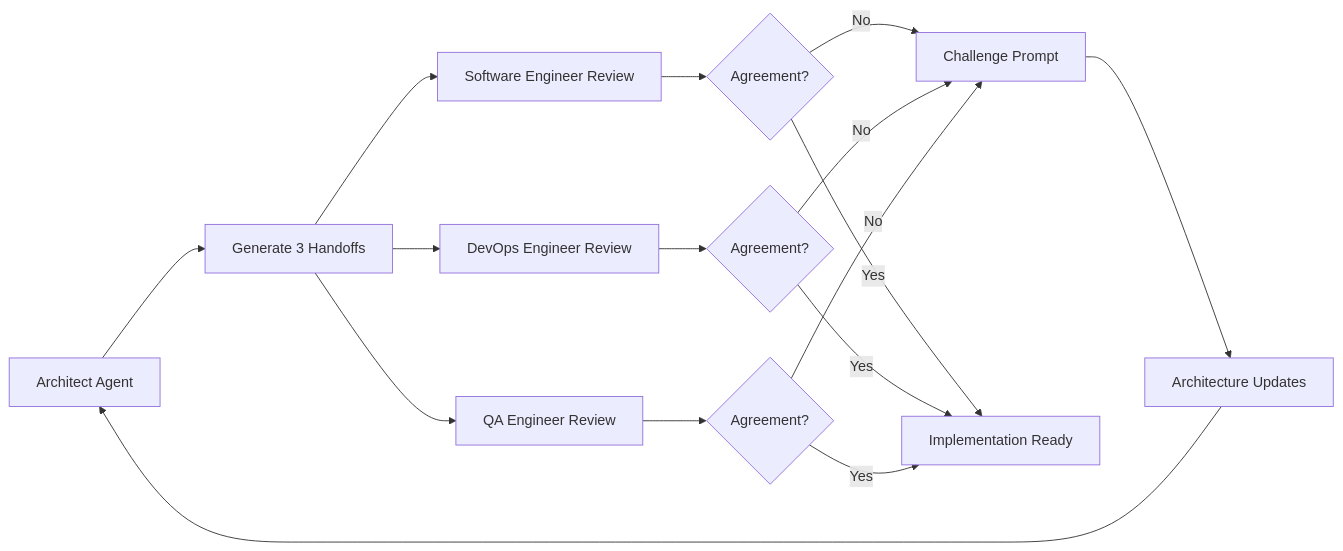
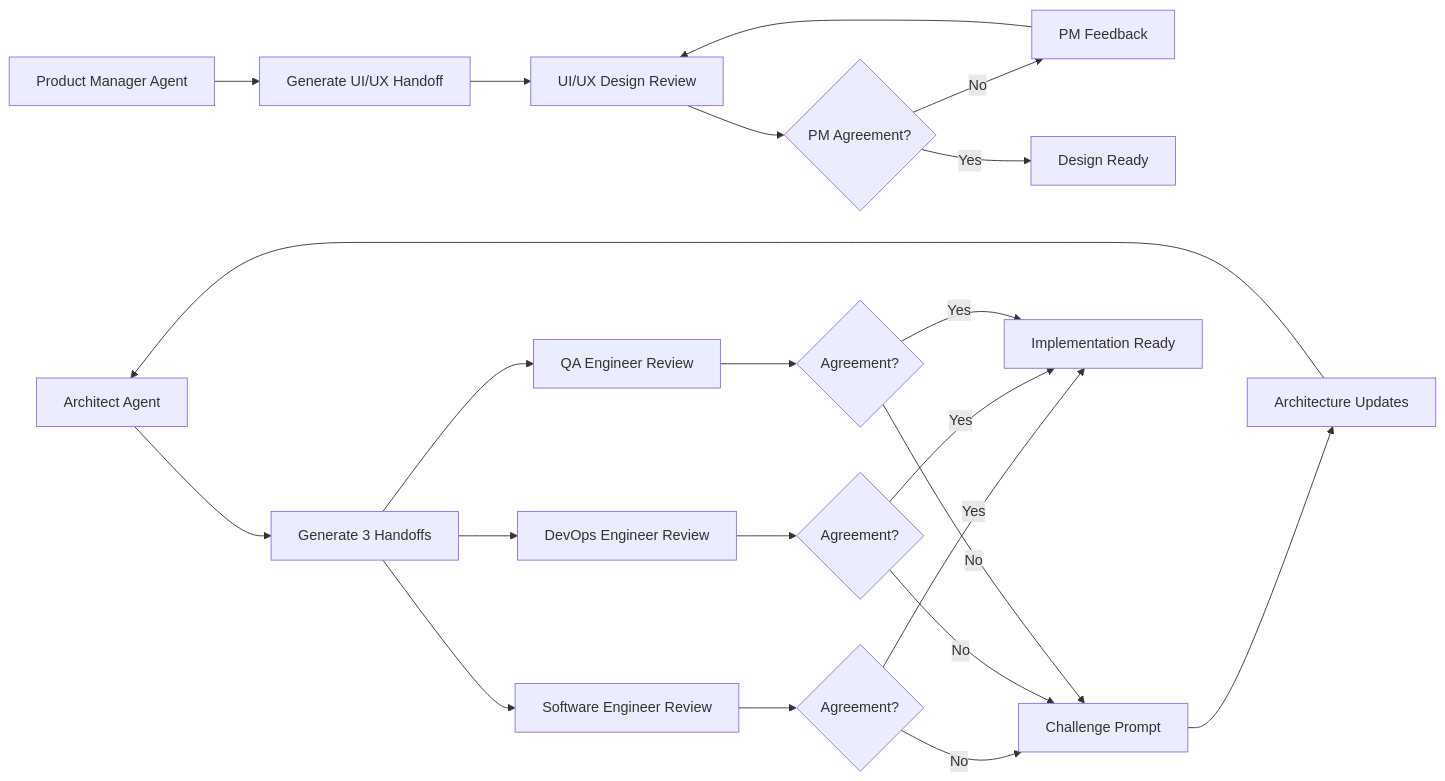
One commit to jnhaffey/AI-Agent-Project-Instruction-Generator changed the diagram in Diagrams/Challenge-Agreement-Loop.mermaid. Above: the diagram before and after it, drawn with Mermaid. The commit also changed 6 other files, not shown here.

First line of the commit message:
Add UI/UX Design Agent v1.0.0; update PM v2.0.0, SE v1.1.1, QA v1.0.1; sync diagrams and README

```diff
--- a/Diagrams/Challenge-Agreement-Loop.mermaid
+++ b/Diagrams/Challenge-Agreement-Loop.mermaid
@@ -1,16 +1,22 @@
 graph LR
     A[Architect Agent] --> B[Generate 3 Handoffs]
+    P[Product Manager Agent] --> X[Generate UI/UX Handoff]
+    X --> U[UI/UX Design Review]
+    U --> U1{PM Agreement?}
+    U1 -->|No| U2[PM Feedback]
+    U2 --> U
+    U1 -->|Yes| U3[Design Ready]
     B --> C[Software Engineer Review]
     B --> D[DevOps Engineer Review]
     B --> E[QA Engineer Review]
     C --> F{Agreement?}
     D --> G{Agreement?}
     E --> H{Agreement?}
     F -->|No| I[Challenge Prompt]
     G -->|No| I
     H -->|No| I
     I --> J[Architecture Updates]
     J --> A
     F -->|Yes| K[Implementation Ready]
     G -->|Yes| K
     H -->|Yes| K
```
